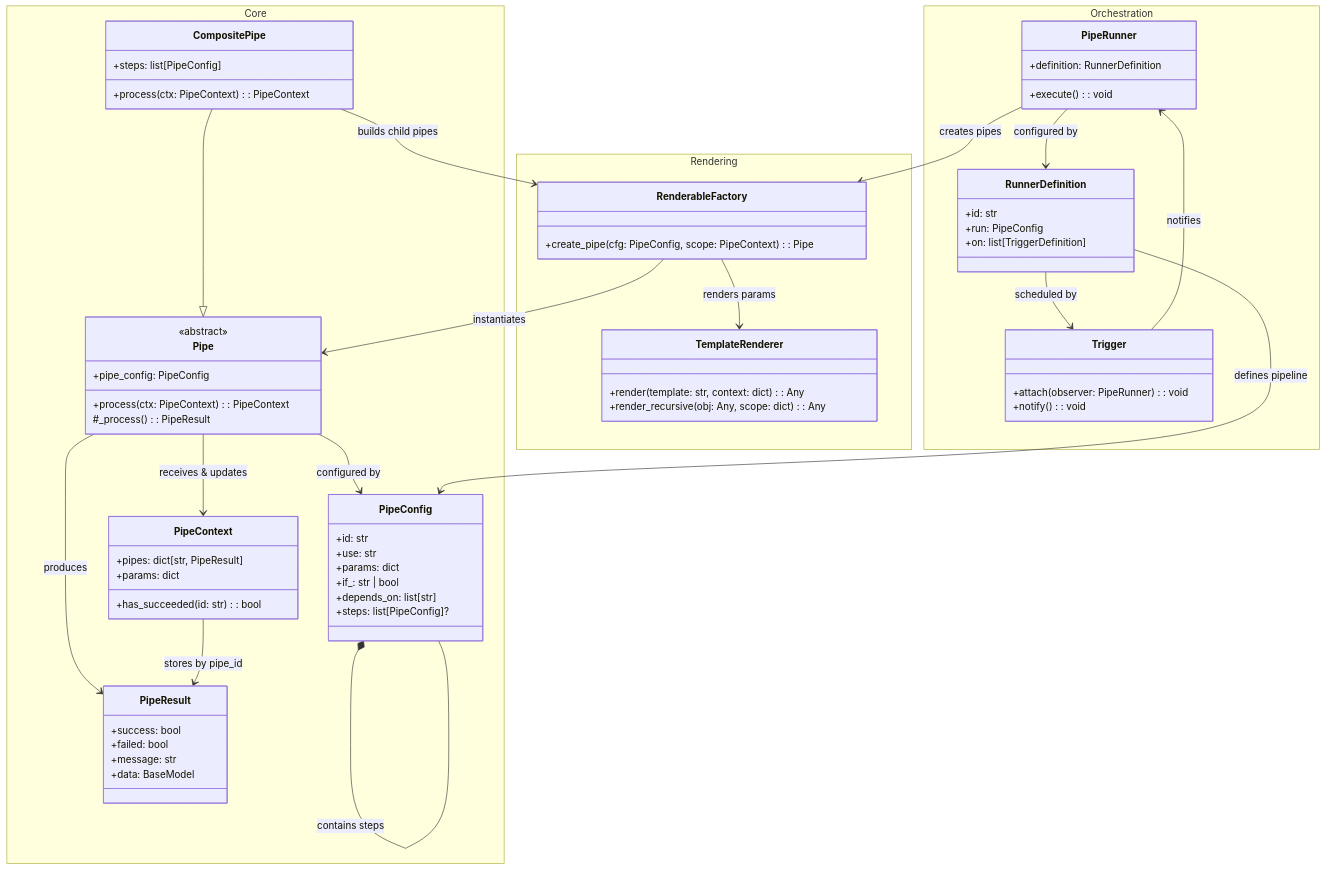
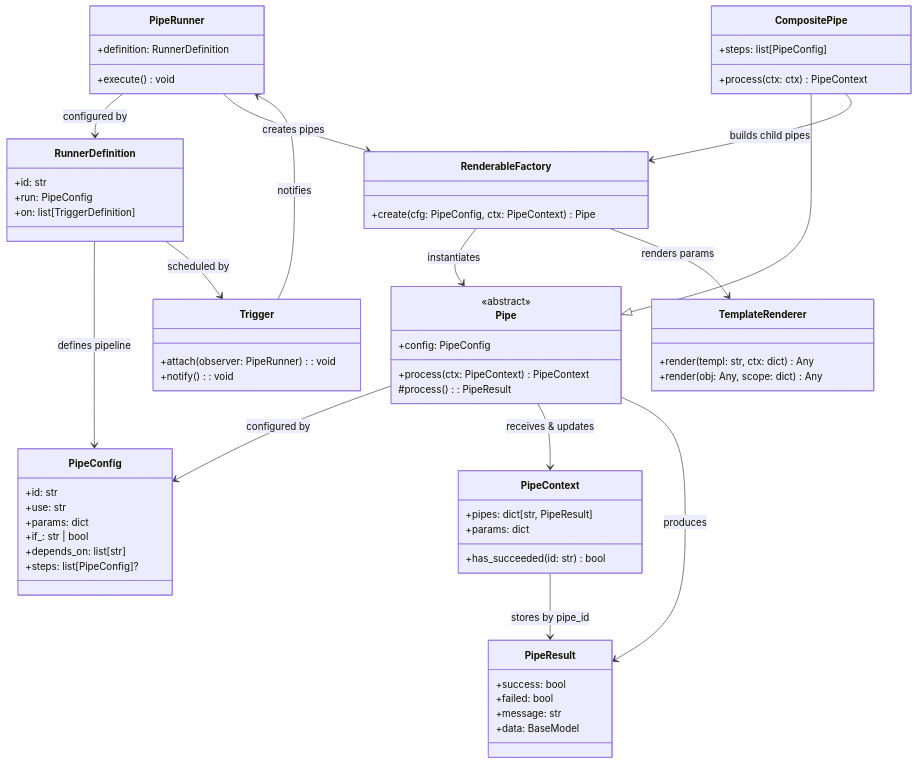
One commit to Softoft-Orga/open-ticket-ai changed the first of 5 diagrams in docs/docs_src/en/docs/concepts/pipeline.md. Above: the diagram before and after it, drawn with Mermaid. The commit also changed other lines of this file and 22 other files, not shown here.

````diff
--- a/docs/docs_src/en/docs/concepts/pipeline.md
+++ b/docs/docs_src/en/docs/concepts/pipeline.md
@@ -19,81 +19,72 @@
 ```mermaid
 %%{init: {
   "classDiagram": { "layout": "elk", "useMaxWidth": false },
   "elk": { "spacing": { "nodeNode": 20, "nodeNodeBetweenLayers": 20, "componentComponent": 15 } }
 }}%%
 classDiagram
 direction TD
 
-namespace Core {
   class Pipe {
     <<abstract>>
-    +pipe_config: PipeConfig
-    +process(ctx: PipeContext): PipeContext
-    #_process(): PipeResult
+    +config: PipeConfig
+    +process(ctx: PipeContext) PipeContext
+    #process(): PipeResult
   }
   class CompositePipe {
     +steps: list[PipeConfig]
-    +process(ctx: PipeContext): PipeContext
+    +process(ctx: ctx) PipeContext
   }
   class PipeConfig {
     +id: str
     +use: str
     +params: dict
     +if_: str | bool
     +depends_on: list[str]
     +steps: list[PipeConfig]?
   }
   class PipeContext {
     +pipes: dict[str, PipeResult]
     +params: dict
-    +has_succeeded(id: str): bool
+    +has_succeeded(id: str) bool
   }
   class PipeResult {
     +success: bool
     +failed: bool
     +message: str
     +data: BaseModel
   }
-}
-
-namespace Rendering {
   class RenderableFactory {
-    +create_pipe(cfg: PipeConfig, scope: PipeContext): Pipe
+    +create(cfg: PipeConfig, ctx: PipeContext) Pipe
   }
   class TemplateRenderer {
-    +render(template: str, context: dict): Any
-    +render_recursive(obj: Any, scope: dict): Any
+    +render(templ: str, ctx: dict) Any
+    +render(obj: Any, scope: dict) Any
   }
-}
-
-namespace Orchestration {
   class PipeRunner {
     +definition: RunnerDefinition
-    +execute(): void
+    +execute() void
   }
   class RunnerDefinition {
     +id: str
     +run: PipeConfig
     +on: list[TriggerDefinition]
   }
   class Trigger {
     +attach(observer: PipeRunner): void
     +notify(): void
   }
-}
 
 CompositePipe --|> Pipe
 Pipe --> PipeConfig : configured by
 Pipe --> PipeContext : receives & updates
 Pipe --> PipeResult : produces
 PipeContext --> PipeResult : stores by pipe_id
 CompositePipe --> RenderableFactory : builds child pipes
-PipeConfig *-- PipeConfig : contains steps
 RenderableFactory --> Pipe : instantiates
 RenderableFactory --> TemplateRenderer : renders params
 PipeRunner --> RunnerDefinition : configured by
 PipeRunner --> RenderableFactory : creates pipes
 RunnerDefinition --> PipeConfig : defines pipeline
 RunnerDefinition --> Trigger : scheduled by
 Trigger --> PipeRunner : notifies
 ```
````
